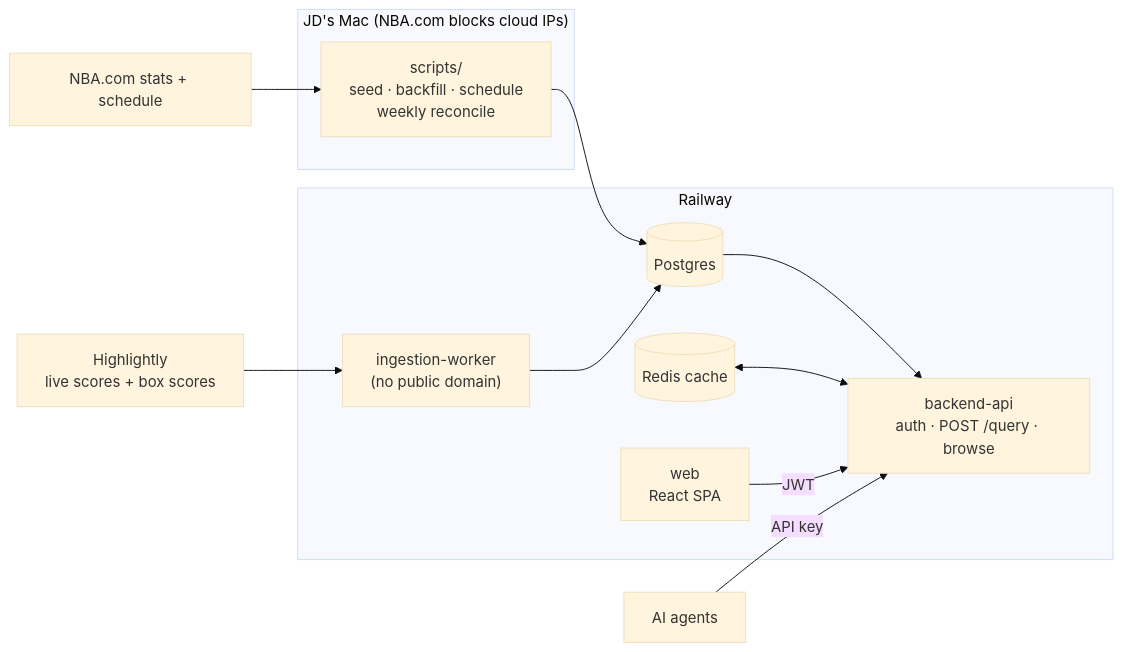
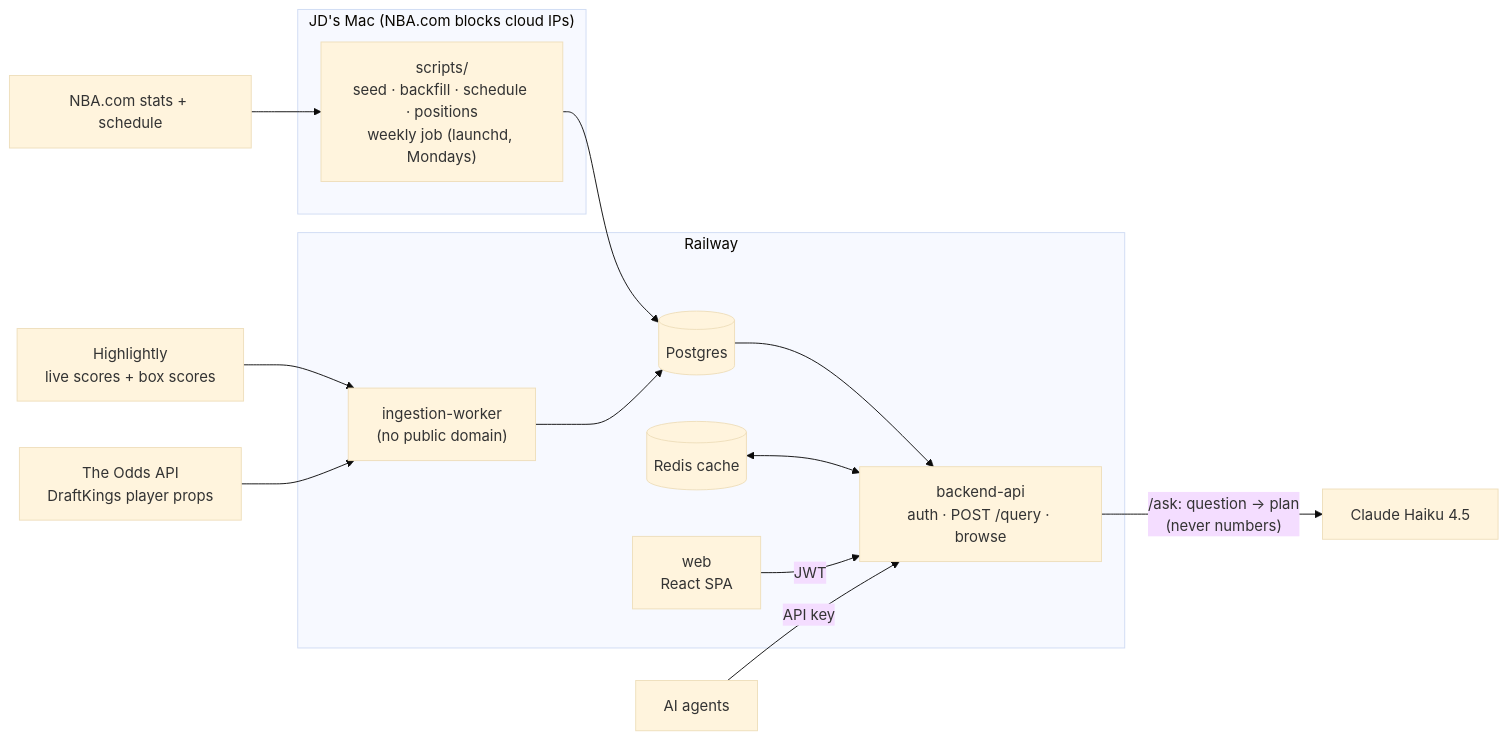
Before and after one commit to Jayprox/ai-application-nba: the diagram in README.md, drawn with Mermaid (base theme). The commit also changed other lines of this file and 2 other files, not shown here.

First line of the commit message:
Portfolio refresh: README for search, props, rankings and the dark theme

````diff
--- a/README.md
+++ b/README.md
@@ -56,19 +60,21 @@
 ```mermaid
 flowchart LR
   subgraph Mac["JD's Mac (NBA.com blocks cloud IPs)"]
-    S["scripts/<br/>seed · backfill · schedule<br/>weekly reconcile"]
+    S["scripts/<br/>seed · backfill · schedule · positions<br/>weekly job (launchd, Mondays)"]
   end
   subgraph Railway
     W["ingestion-worker<br/>(no public domain)"]
     B["backend-api<br/>auth · POST /query · browse"]
     F["web<br/>React SPA"]
     P[(Postgres)]
     R[(Redis cache)]
   end
   NBA["NBA.com stats + schedule"] --> S --> P
   HL["Highlightly<br/>live scores + box scores"] --> W --> P
+  OA["The Odds API<br/>DraftKings player props"] --> W
   P --> B
+  B -->|"/ask: question → plan<br/>(never numbers)"| C["Claude Haiku 4.5"]
   R <--> B
   F -->|JWT| B
   A["AI agents"] -->|API key| B
 ```
````
